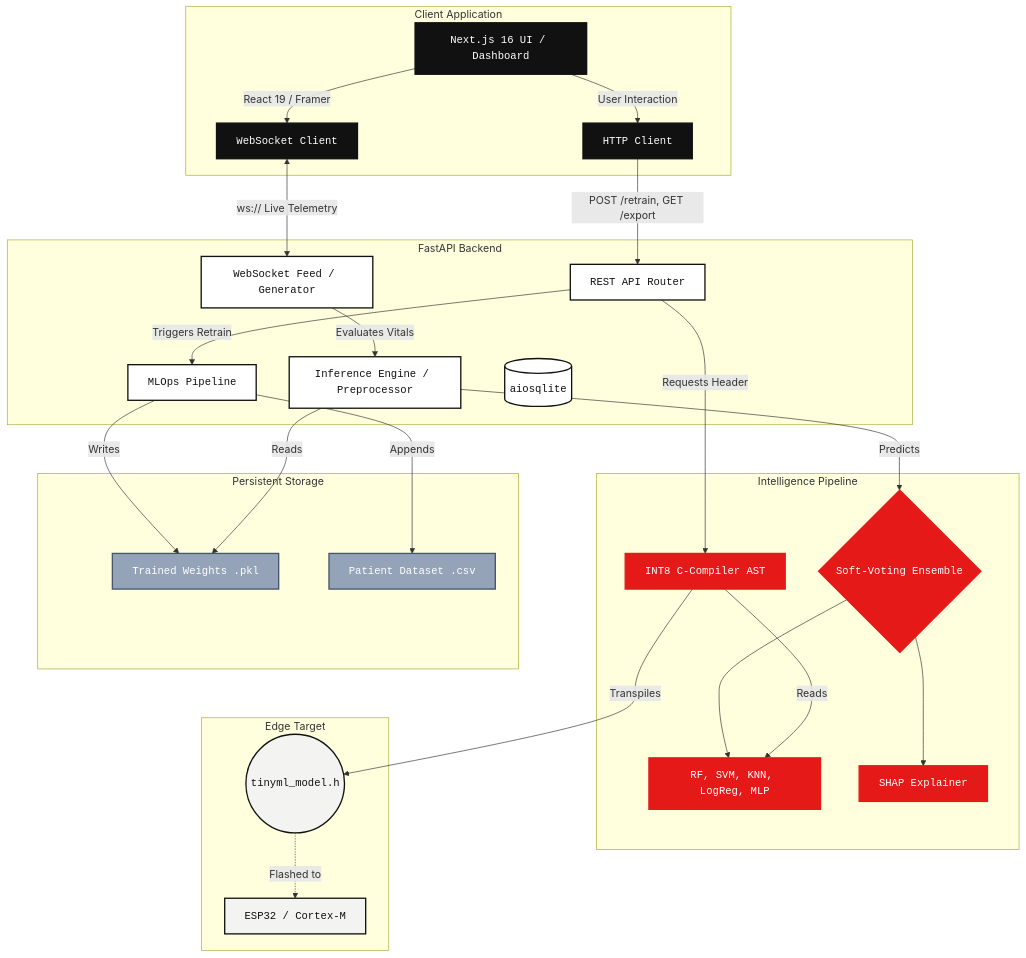
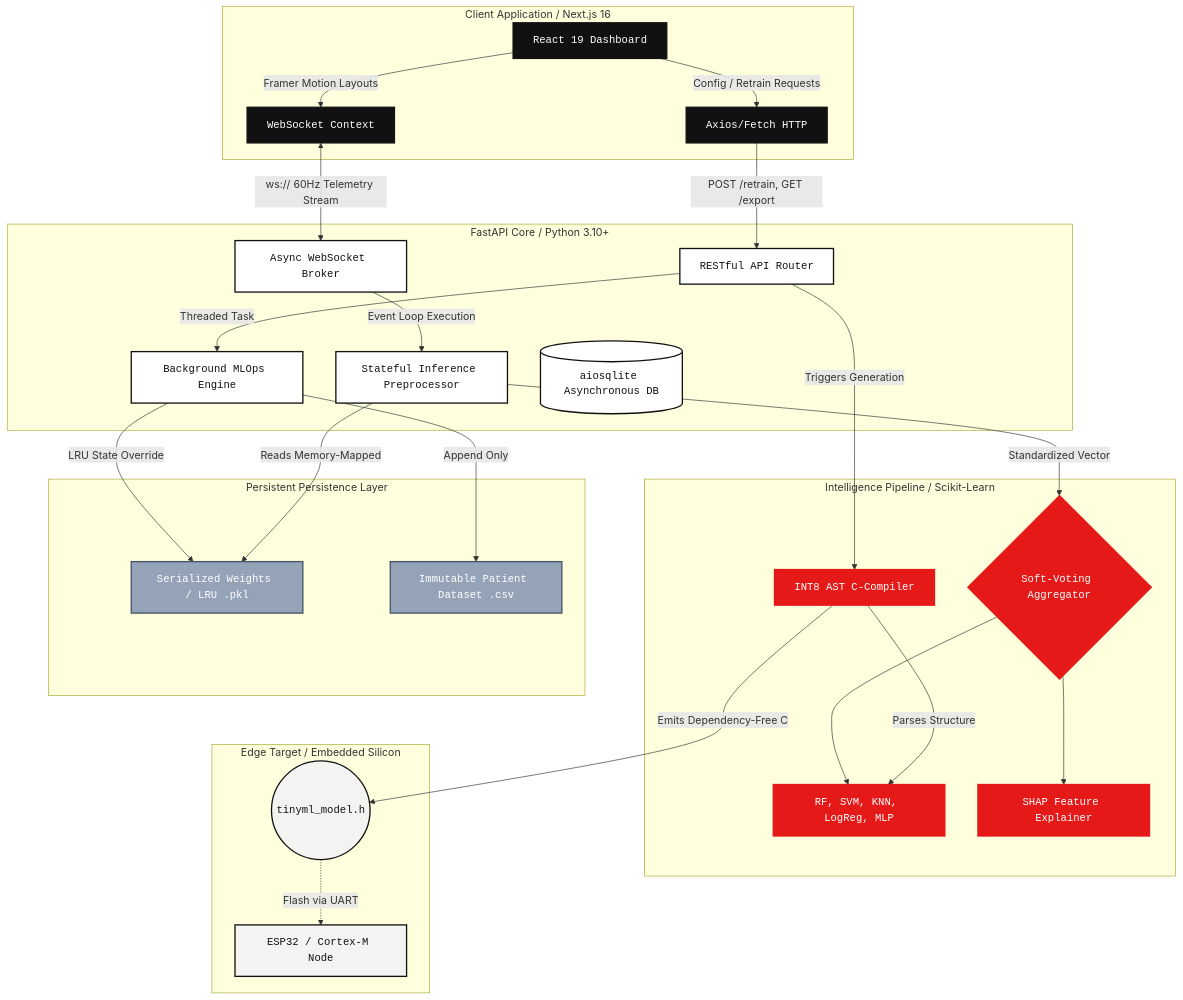
One commit to IDKHowToCodeFR/HEARTFLOW_OS changed the diagram in ARCHITECTURE.md. Above: the diagram before and after it, drawn with Mermaid. The commit also changed other lines of this file and 3 other files, not shown here.

Commit message:
docs: update architecture, readme, and add license

````diff
--- a/ARCHITECTURE.md
+++ b/ARCHITECTURE.md
@@ -12,63 +13,63 @@
 ```mermaid
 graph TD
     %% Define styles
     classDef frontend fill:#111,stroke:#111,stroke-width:2px,color:#fff,font-family:monospace;
     classDef backend fill:#fff,stroke:#111,stroke-width:2px,color:#111,font-family:monospace;
     classDef ml_node fill:#e61919,stroke:#e61919,stroke-width:2px,color:#fff,font-family:monospace;
     classDef edge_tech fill:#f3f3f2,stroke:#111,stroke-width:2px,color:#111,font-family:monospace;
     classDef data fill:#94a3b8,stroke:#475569,stroke-width:2px,color:#fff,font-family:monospace;
 
-    subgraph Client [Client Application]
-        UI[Next.js 16 UI / Dashboard]:::frontend
-        WS_Client[WebSocket Client]:::frontend
-        HTTP_Client[HTTP Client]:::frontend
+    subgraph Client [Client Application / Next.js 16]
+        UI[React 19 Dashboard]:::frontend
+        WS_Client[WebSocket Context]:::frontend
+        HTTP_Client[Axios/Fetch HTTP]:::frontend
     end
 
-    subgraph Core [FastAPI Backend]
-        WS_Server[WebSocket Feed / Generator]:::backend
-        REST_API[REST API Router]:::backend
-        Inference[Inference Engine / Preprocessor]:::backend
-        MLOps[MLOps Pipeline]:::backend
-        DB[(aiosqlite)]:::backend
+    subgraph Core [FastAPI Core / Python 3.10+]
+        WS_Server[Async WebSocket Broker]:::backend
+        REST_API[RESTful API Router]:::backend
+        Inference[Stateful Inference Preprocessor]:::backend
+        MLOps[Background MLOps Engine]:::backend
+        DB[(aiosqlite Asynchronous DB)]:::backend
     end
 
-    subgraph ML_Layer [Intelligence Pipeline]
-        Ensemble{Soft-Voting Ensemble}:::ml_node
+    subgraph ML_Layer [Intelligence Pipeline / Scikit-Learn]
+        Ensemble{Soft-Voting Aggregator}:::ml_node
         Models[RF, SVM, KNN, LogReg, MLP]:::ml_node
-        SHAP[SHAP Explainer]:::ml_node
-        EdgeCompiler[INT8 C-Compiler AST]:::ml_node
+        SHAP[SHAP Feature Explainer]:::ml_node
+        EdgeCompiler[INT8 AST C-Compiler]:::ml_node
     end
 
-    subgraph Hardware [Edge Target]
+    subgraph Hardware [Edge Target / Embedded Silicon]
         HEADER((tinyml_model.h)):::edge_tech
-        MCU[ESP32 / Cortex-M]:::edge_tech
+        MCU[ESP32 / Cortex-M Node]:::edge_tech
     end
 
-    subgraph Storage [Persistent Storage]
-        ModelWeights[Trained Weights .pkl]:::data
-        CSV[Patient Dataset .csv]:::data
+    subgraph Storage [Persistent Persistence Layer]
+        ModelWeights[Serialized Weights / LRU .pkl]:::data
+        CSV[Immutable Patient Dataset .csv]:::data
     end
 
-    %% Flow
-    UI -->|React 19 / Framer| WS_Client
-    UI -->|User Interaction| HTTP_Client
+    %% Edge Flows
+    UI -->|Framer Motion Layouts| WS_Client
+    UI -->|Config / Retrain Requests| HTTP_Client
     
-    WS_Client <-->|ws:// Live Telemetry| WS_Server
+    WS_Client <-->|ws:// 60Hz Telemetry Stream| WS_Server
     HTTP_Client -->|POST /retrain, GET /export| REST_API
     
-    WS_Server -->|Evaluates Vitals| Inference
-    REST_API -->|Triggers Retrain| MLOps
-    REST_API -->|Requests Header| EdgeCompiler
+    WS_Server -->|Event Loop Execution| Inference
+    REST_API -->|Threaded Task| MLOps
+    REST_API -->|Triggers Generation| EdgeCompiler
     
-    Inference -->|Predicts| Ensemble
+    Inference -->|Standardized Vector| Ensemble
     Ensemble --> Models
     Ensemble --> SHAP
     
-    MLOps -->|Writes| ModelWeights
-    MLOps -->|Appends| CSV
-    EdgeCompiler -->|Reads| Models
-    Inference -->|Reads| ModelWeights
+    MLOps -->|LRU State Override| ModelWeights
+    MLOps -->|Append Only| CSV
+    EdgeCompiler -->|Parses Structure| Models
+    Inference -->|Reads Memory-Mapped| ModelWeights
     
-    EdgeCompiler -->|Transpiles| HEADER
-    HEADER -.->|Flashed to| MCU
+    EdgeCompiler -->|Emits Dependency-Free C| HEADER
+    HEADER -.->|Flash via UART| MCU
 ```
````
